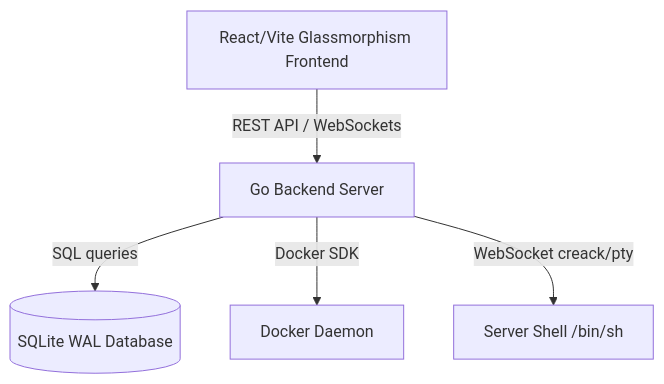
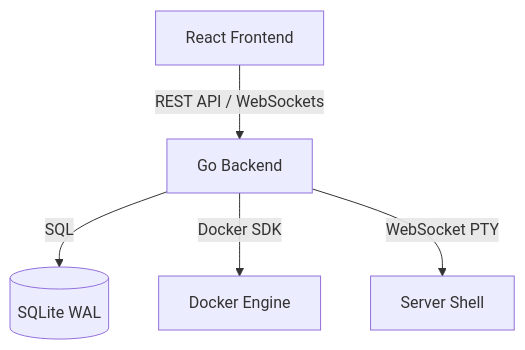
Before and after one commit to tamalmaity-dev/nanofly: the diagram in README.md, drawn with Mermaid. The commit also changed other lines of this file and 1 other file, not shown here.

````diff
--- a/README.md
+++ b/README.md
@@ -41,7 +79,7 @@
 ```mermaid
 graph TD;
-    Client[React/Vite Glassmorphism Frontend] -- REST API / WebSockets --> GoServer[Go Backend Server]
-    GoServer -- SQL queries --> SQLite[(SQLite WAL Database)]
-    GoServer -- Docker SDK --> DockerDaemon[Docker Daemon]
-    GoServer -- WebSocket creack/pty --> ServerShell[Server Shell /bin/sh]
+    Client[React Frontend] -- REST API / WebSockets --> GoServer[Go Backend]
+    GoServer -- SQL --> SQLite[(SQLite WAL)]
+    GoServer -- Docker SDK --> DockerDaemon[Docker Engine]
+    GoServer -- WebSocket PTY --> Shell[Server Shell]
 ```
````
